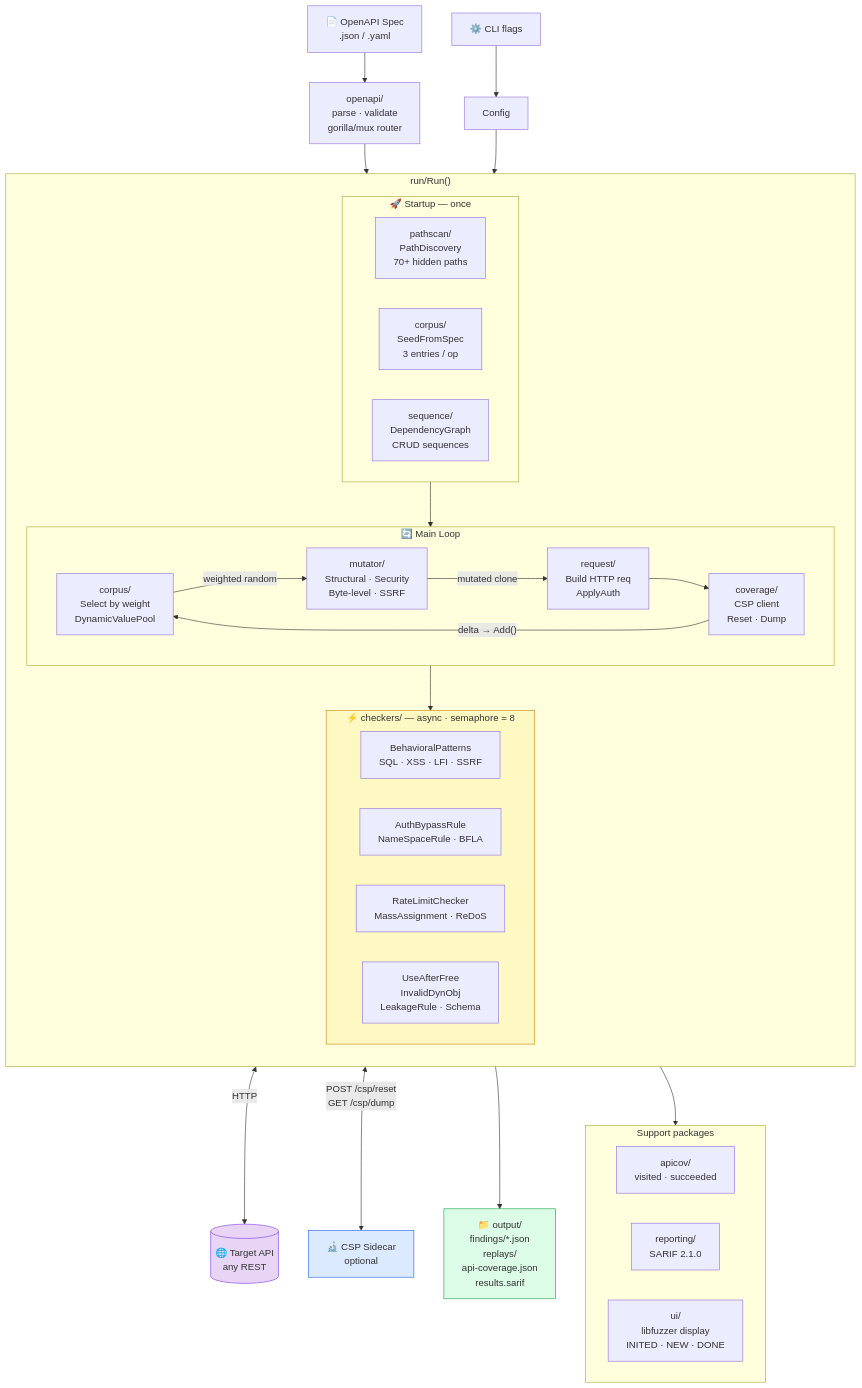
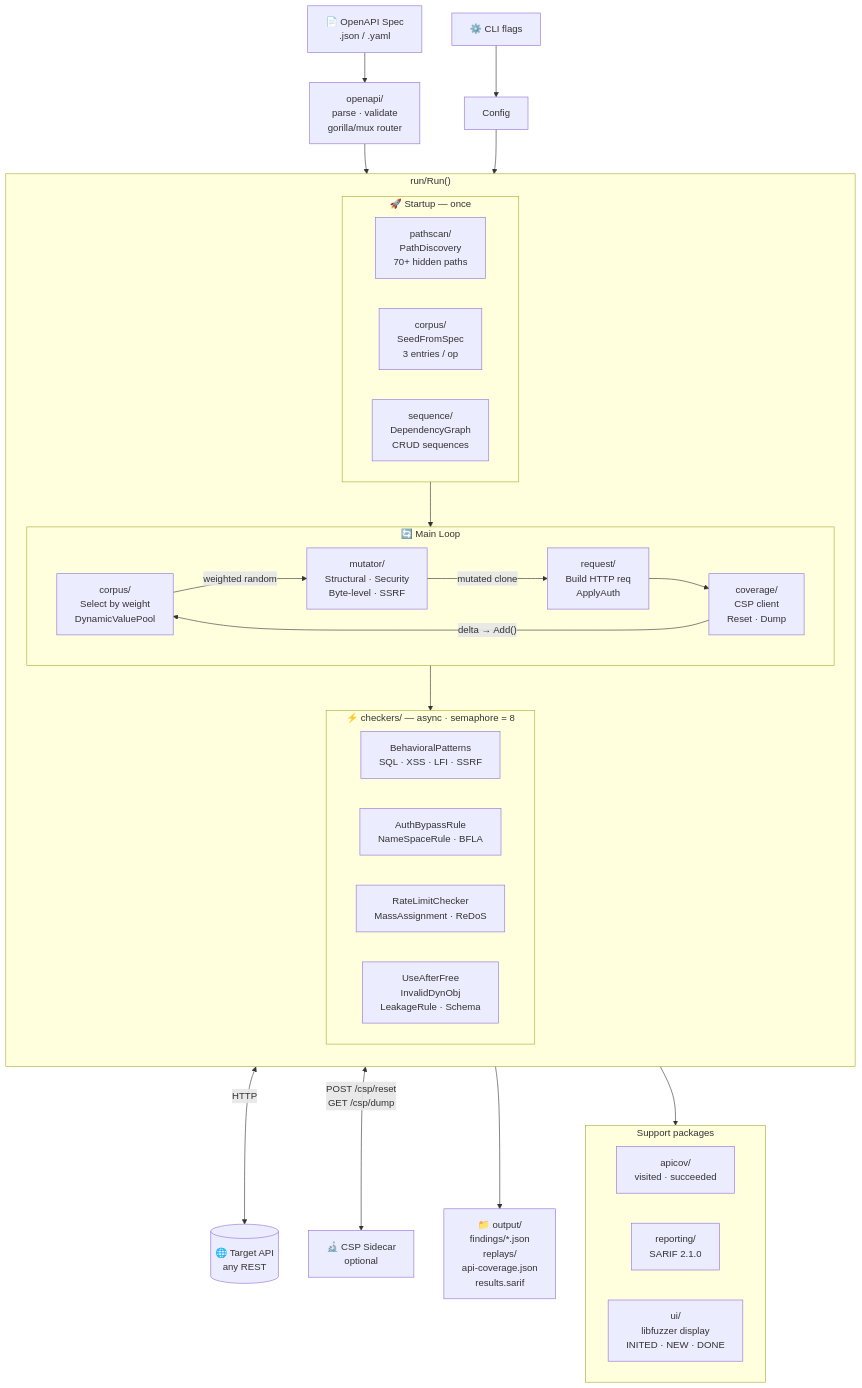
Before and after one commit to morgonf/shelob-ng: the first of 5 diagrams in README.md, drawn with Mermaid. The commit also changed other lines of this file and 1 other file, not shown here.

Commit message:
docs: remove custom colors from Mermaid diagrams
Custom fill/stroke without explicit text color (color:) causes nodes to
become unreadable in GitHub dark mode — the themed text color can clash
with the custom background.

Remove all style/classDef color declarations from 9 Mermaid diagrams:
  docs/architecture.md — Overview, Mutation Pipeline, Checker Concurrency
  README.md — Architecture, Mutation strategies, Security checkers, CRUD

GitHub's default Mermaid theme renders cleanly and readably in both
light and dark mode without custom overrides.

````diff
--- a/README.md
+++ b/README.md
@@ -75,59 +75,55 @@
 ```mermaid
 flowchart TD
     spec["📄 OpenAPI Spec\n.json / .yaml"] --> openapi["openapi/\nparse · validate\ngorilla/mux router"]
     cli["⚙️ CLI flags"] --> cfg["Config"]
 
     openapi & cfg --> run
 
     subgraph run ["run/Run()"]
         direction TB
 
         subgraph startup ["🚀 Startup — once"]
             ps["pathscan/\nPathDiscovery\n70+ hidden paths"]
             sg["corpus/\nSeedFromSpec\n3 entries / op"]
             dg["sequence/\nDependencyGraph\nCRUD sequences"]
         end
 
         subgraph loop ["🔄 Main Loop"]
             direction LR
             corp["corpus/\nSelect by weight\nDynamicValuePool"]
             mut["mutator/\nStructural · Security\nByte-level · SSRF"]
             req["request/\nBuild HTTP req\nApplyAuth"]
             cov["coverage/\nCSP client\nReset · Dump"]
             corp -->|"weighted random"| mut
             mut -->|"mutated clone"| req
             req --> cov
             cov -->|"delta → Add()"| corp
         end
 
         subgraph checkers ["⚡ checkers/ — async · semaphore = 8"]
             direction LR
             bp["BehavioralPatterns\nSQL · XSS · LFI · SSRF"]
             auth["AuthBypassRule\nNameSpaceRule · BFLA"]
             state["RateLimitChecker\nMassAssignment · ReDoS"]
             rest["UseAfterFree\nInvalidDynObj\nLeakageRule · Schema"]
         end
 
         startup --> loop
         loop --> checkers
     end
 
     req <-->|"HTTP"| target[("🌐 Target API\nany REST")]
     cov <-->|"POST /csp/reset\nGET /csp/dump"| sidecar["🔬 CSP Sidecar\noptional"]
 
     checkers --> output["📁 output/\nfindings/*.json\nreplays/\napi-coverage.json\nresults.sarif"]
 
     subgraph support ["Support packages"]
         direction LR
         apicov["apicov/\nvisited · succeeded"]
         sarif["reporting/\nSARIF 2.1.0"]
         ui["ui/\nlibfuzzer display\nINITED · NEW · DONE"]
     end
 
     run --> support
 
-    style target fill:#e8d5f5,stroke:#7c3aed
-    style sidecar fill:#dbeafe,stroke:#2563eb
-    style output fill:#dcfce7,stroke:#16a34a
-    style checkers fill:#fef9c3,stroke:#ca8a04
 ```
````
